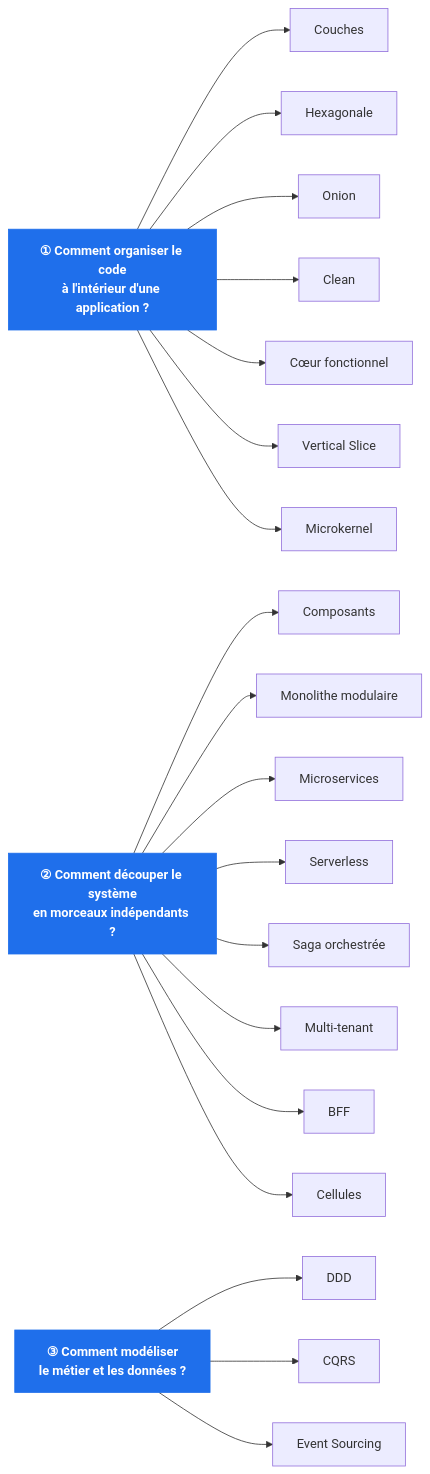
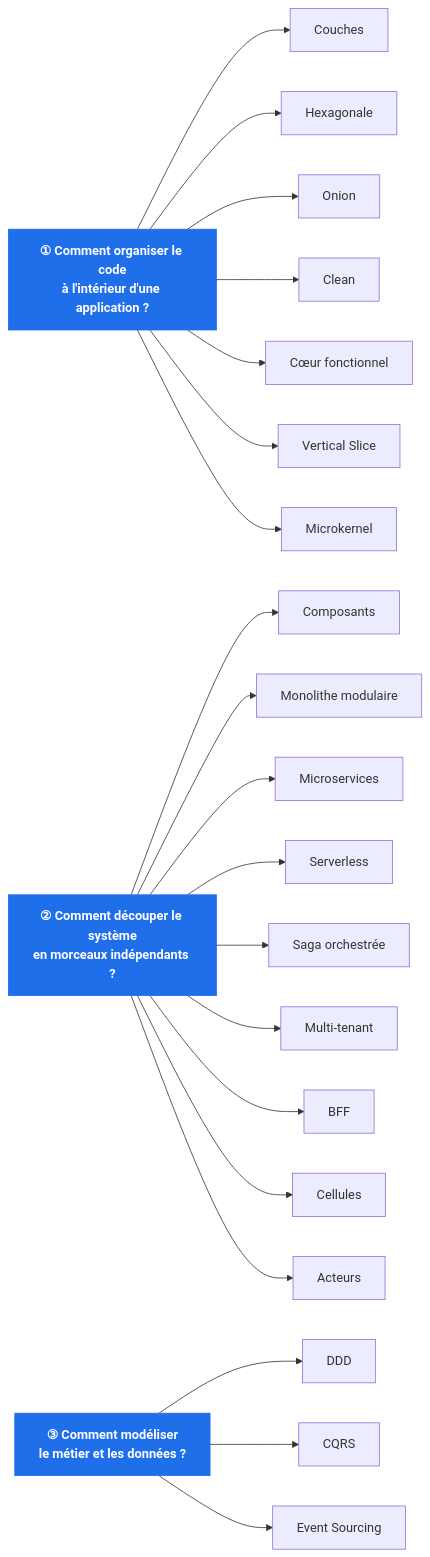
Before and after one commit to drangoht/ArchitecturesDemo: the first of 4 diagrams in Docs/README.md, drawn with Mermaid. The commit also changed other lines of this file and 30 other files, not shown here.

````diff
--- a/Docs/README.md
+++ b/Docs/README.md
@@ -44,30 +45,31 @@
 ```mermaid
 flowchart LR
     Q1["<b>① Comment organiser le code<br/>à l'intérieur d'une application ?</b>"]
     Q2["<b>② Comment découper le système<br/>en morceaux indépendants ?</b>"]
     Q3["<b>③ Comment modéliser<br/>le métier et les données ?</b>"]
 
     Q1 --> C0["Couches"]
     Q1 --> C1["Hexagonale"]
     Q1 --> C2["Onion"]
     Q1 --> C3["Clean"]
     Q1 --> C4["Cœur fonctionnel"]
     Q1 --> C5["Vertical Slice"]
     Q1 --> C13["Microkernel"]
 
     Q2 --> D6["Composants"]
     Q2 --> D7["Monolithe modulaire"]
     Q2 --> D8["Microservices"]
     Q2 --> D12["Serverless"]
     Q2 --> D14["Saga orchestrée"]
     Q2 --> D15["Multi-tenant"]
     Q2 --> D16["BFF"]
     Q2 --> D17["Cellules"]
+    Q2 --> D18["Acteurs"]
 
     Q3 --> M11["DDD"]
     Q3 --> M9["CQRS"]
     Q3 --> M10["Event Sourcing"]
 
     classDef q fill:#1f6feb,color:#fff,stroke:#1f6feb
     class Q1,Q2,Q3 q
 ```
````
